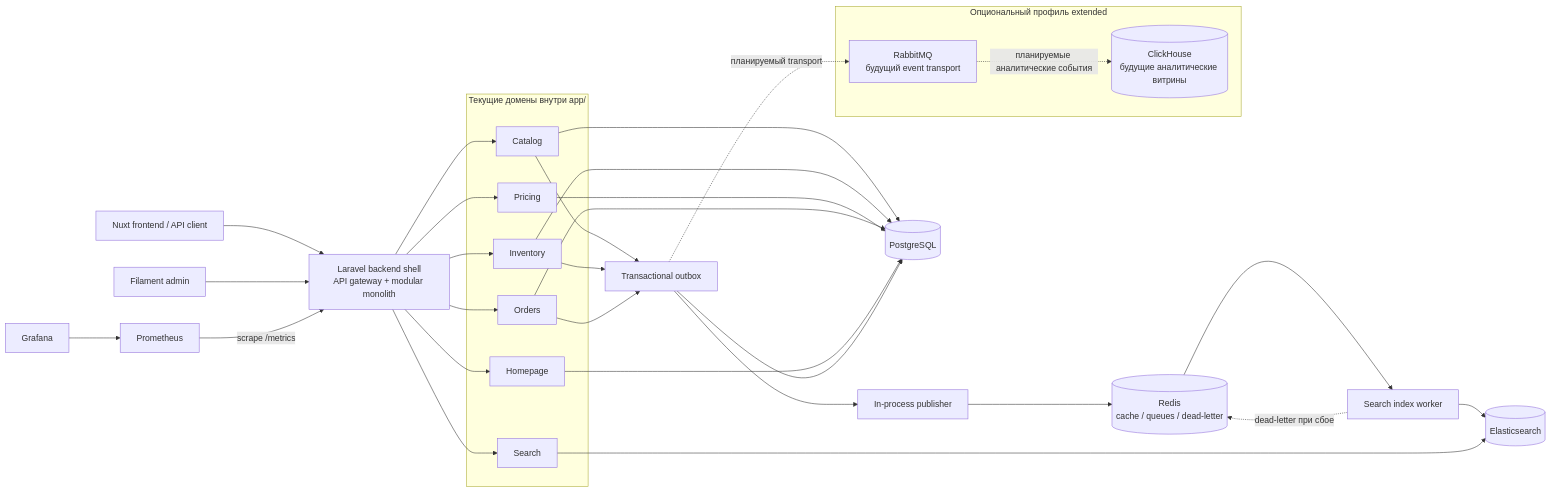
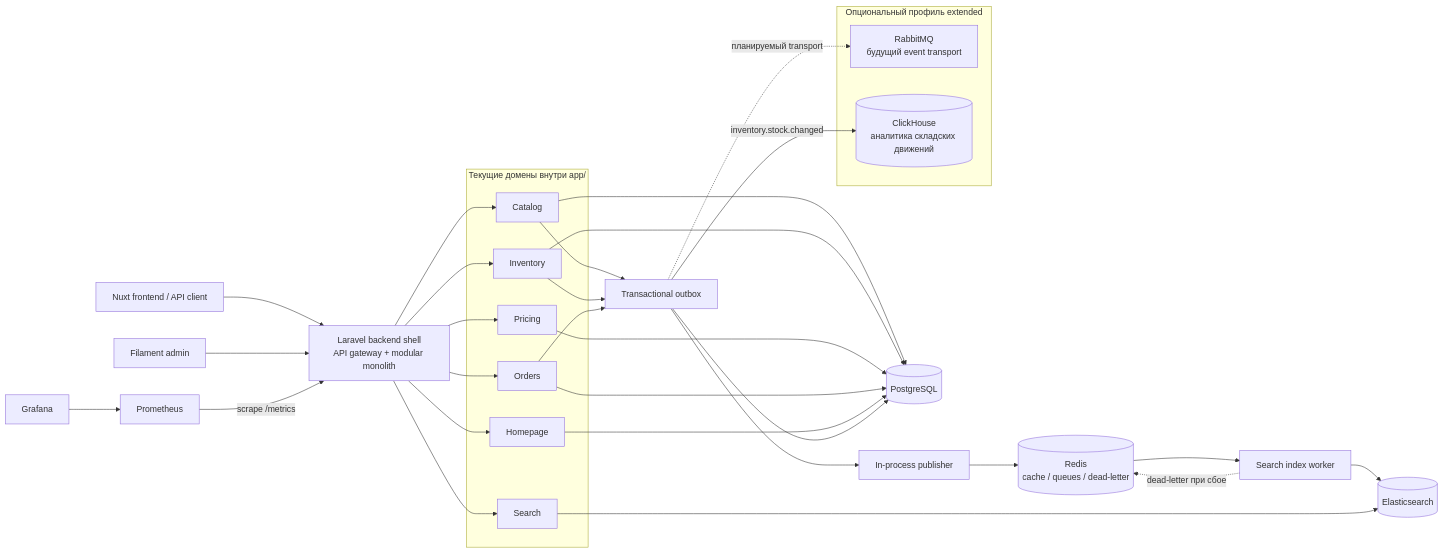
One commit to Smiley-Alyx/stockflow-market changed the second of 2 diagrams in README.md. Above: the diagram before and after it, drawn with Mermaid. The commit also changed other lines of this file and 1 other file, not shown here.

Commit message:
docs(analytics): describe clickhouse projection

````diff
--- a/README.md
+++ b/README.md
@@ -75,52 +75,52 @@
 ```mermaid
 flowchart LR
     client["Nuxt frontend / API client"] --> gateway["Laravel backend shell<br/>API gateway + modular monolith"]
     admin["Filament admin"] --> gateway
 
     subgraph domains["Текущие домены внутри app/"]
         catalog["Catalog"]
         inventory["Inventory"]
         pricing["Pricing"]
         orders["Orders"]
         homepage["Homepage"]
         search["Search"]
     end
 
     gateway --> catalog
     gateway --> inventory
     gateway --> pricing
     gateway --> orders
     gateway --> homepage
     gateway --> search
 
     postgres[("PostgreSQL")]
     redis[("Redis<br/>cache / queues / dead-letter")]
     elasticsearch[("Elasticsearch")]
 
     catalog --> postgres
     inventory --> postgres
     pricing --> postgres
     orders --> postgres
     homepage --> postgres
     catalog --> outbox["Transactional outbox"]
     inventory --> outbox
     orders --> outbox
     outbox --> postgres
     outbox --> publisher["In-process publisher"]
     publisher --> redis
     redis --> worker["Search index worker"]
     worker --> elasticsearch
     worker -. "dead-letter при сбое" .-> redis
     search --> elasticsearch
 
     prometheus["Prometheus"] -->|"scrape /metrics"| gateway
     grafana["Grafana"] --> prometheus
 
     subgraph extended["Опциональный профиль extended"]
         rabbitmq["RabbitMQ<br/>будущий event transport"]
-        clickhouse[("ClickHouse<br/>будущие аналитические витрины")]
+        clickhouse[("ClickHouse<br/>аналитика складских движений")]
     end
 
     outbox -. "планируемый transport" .-> rabbitmq
-    rabbitmq -. "планируемые аналитические события" .-> clickhouse
+    outbox -- "inventory.stock.changed" --> clickhouse
 ```
````
